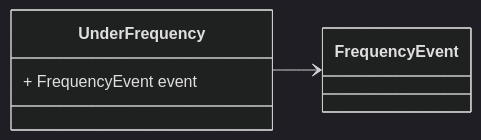
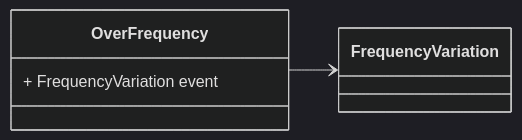
Diagram 17 of 20 in docs/data_format/grid/v1/grid_event.proto.md (zaphiro-technologies/protobuf), drawn with Mermaid (dark theme) before and after one commit. The commit also changed other lines of this file and 13 other files, not shown here.

First line of the commit message:
`FrequencyVariations`: add `FrequencyVariationThreshold` field to better support EN5160 and EU 2017/1485 (#155)

````diff
--- a/docs/data_format/grid/v1/grid_event.proto.md
+++ b/docs/data_format/grid/v1/grid_event.proto.md
@@ -399,12 +449,12 @@
 ```mermaid
 classDiagram
 direction LR
 
 %% 
 
-class UnderFrequency {
-  + FrequencyEvent event
+class OverFrequency {
+  + FrequencyVariation event
 }
-UnderFrequency --> `FrequencyEvent`
+OverFrequency --> `FrequencyVariation`
 
 ```
````
